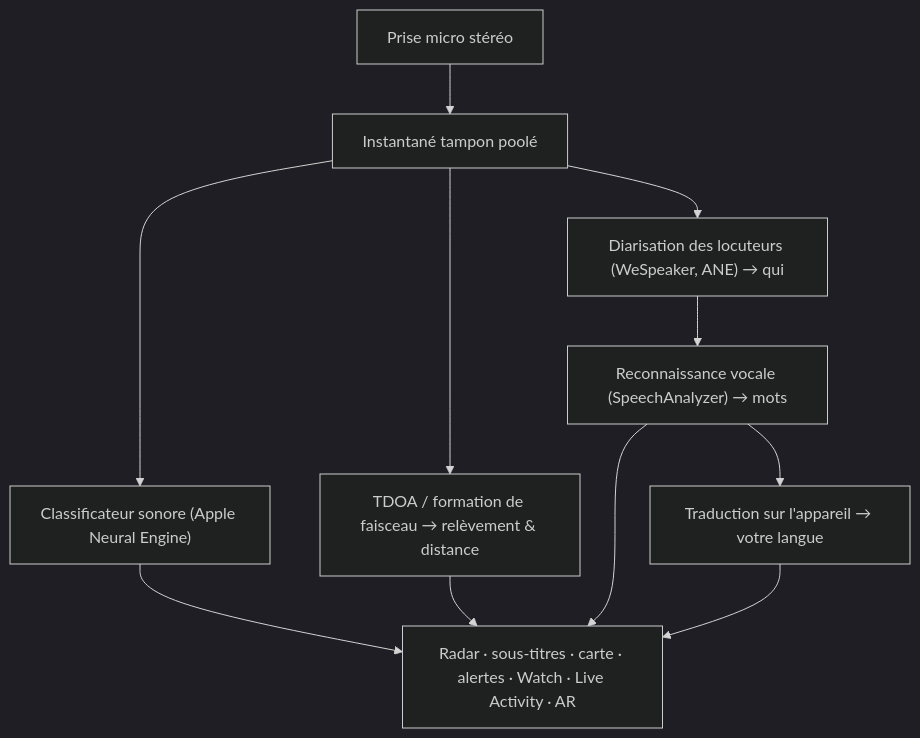
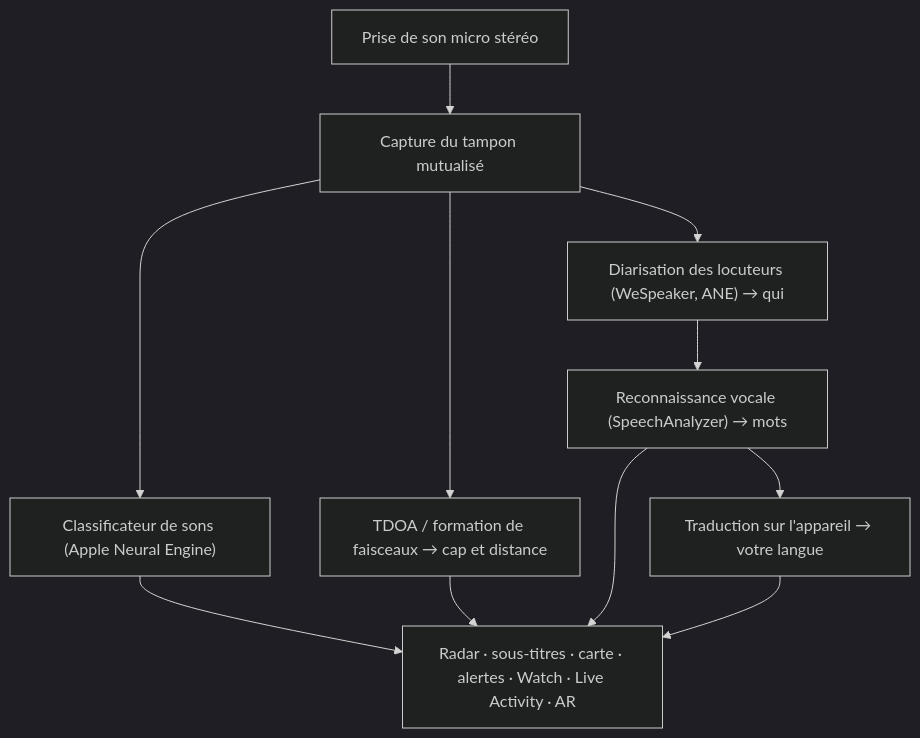
The diagram in README_fr.md (rpalm01-star/VigilantEarLegal), drawn with Mermaid (dark theme) before and after one commit. The commit also changed other lines of this file and 31 other files, not shown here.

````diff
--- a/README_fr.md
+++ b/README_fr.md
@@ -93,10 +93,10 @@
 ```mermaid
 graph TD
-    A["Prise micro stéréo"] --> B["Instantané tampon poolé"]
-    B --> C["Classificateur sonore (Apple Neural Engine)"]
-    B --> D["TDOA / formation de faisceau → relèvement & distance"]
+    A["Prise de son micro stéréo"] --> B["Capture du tampon mutualisé"]
+    B --> C["Classificateur de sons (Apple Neural Engine)"]
+    B --> D["TDOA / formation de faisceaux → cap et distance"]
     B --> E["Diarisation des locuteurs (WeSpeaker, ANE) → qui"]
     E --> F["Reconnaissance vocale (SpeechAnalyzer) → mots"]
     F --> G["Traduction sur l'appareil → votre langue"]
     C & D & F & G --> H["Radar · sous-titres · carte · alertes · Watch · Live Activity · AR"]
 ```
````
